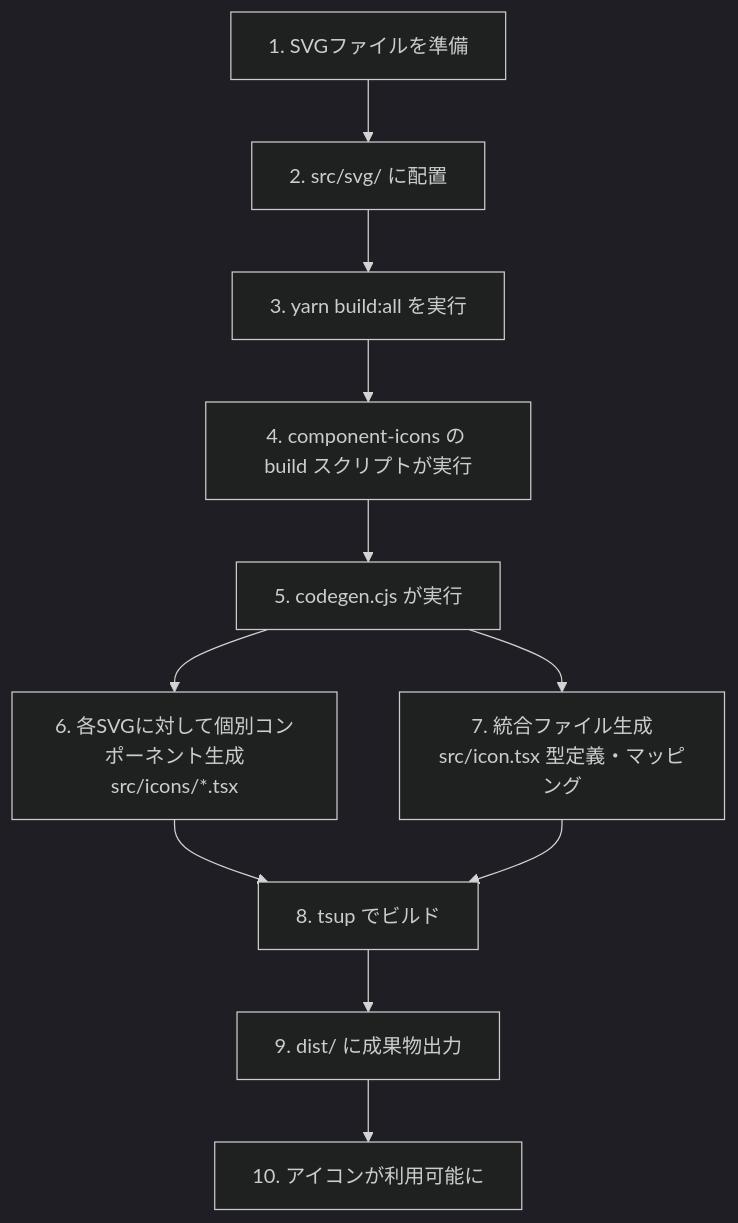
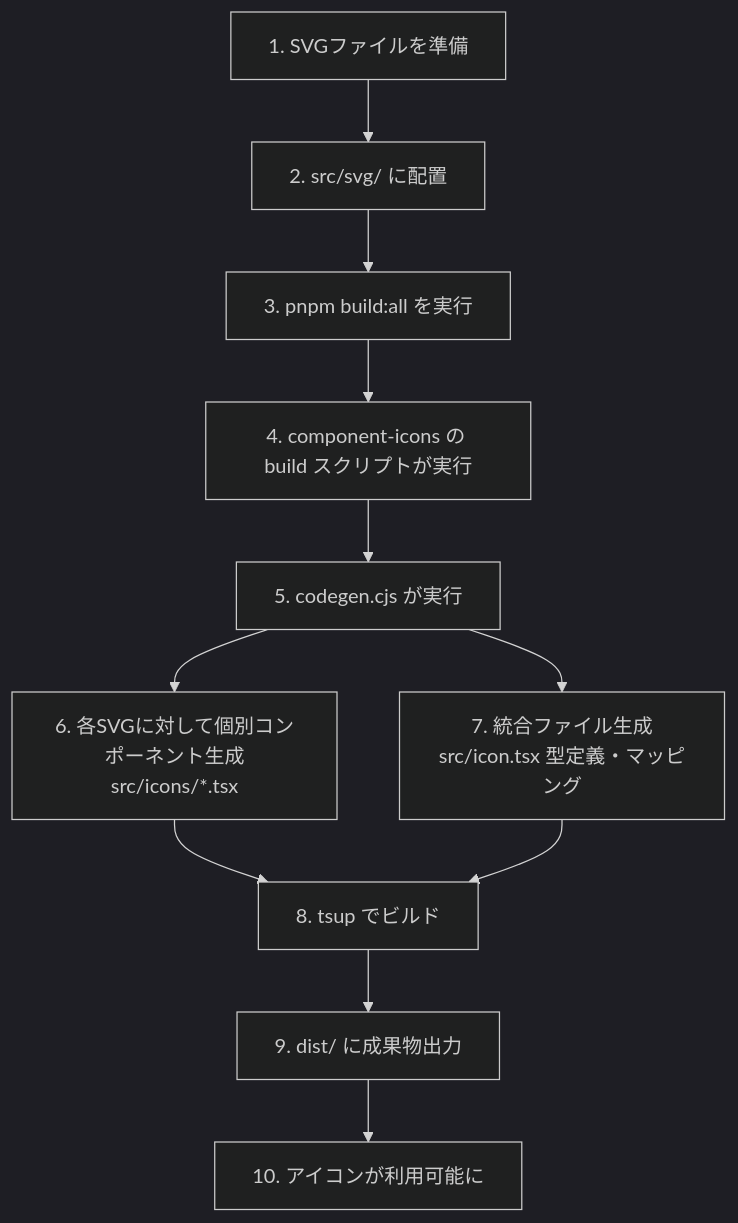
One commit to zenkigen/zenkigen-component changed the first of 2 diagrams in packages/component-icons/docs/icon-addition-workflow.md. Above: the diagram before and after it, drawn with Mermaid (dark theme). The commit also changed other lines of this file and 9 other files, not shown here.

````diff
--- a/packages/component-icons/docs/icon-addition-workflow.md
+++ b/packages/component-icons/docs/icon-addition-workflow.md
@@ -24,13 +24,13 @@
 ```mermaid
 graph TD
     A[1. SVGファイルを準備] --> B[2. src/svg/ に配置]
-    B --> C[3. yarn build:all を実行]
+    B --> C[3. pnpm build:all を実行]
     C --> D[4. component-icons の build スクリプトが実行]
     D --> E[5. codegen.cjs が実行]
     E --> F[6. 各SVGに対して個別コンポーネント生成<br/>src/icons/*.tsx]
     E --> G[7. 統合ファイル生成<br/>src/icon.tsx 型定義・マッピング]
     F --> H[8. tsup でビルド]
     G --> H
     H --> I[9. dist/ に成果物出力]
     I --> J[10. アイコンが利用可能に]
 ```
````
